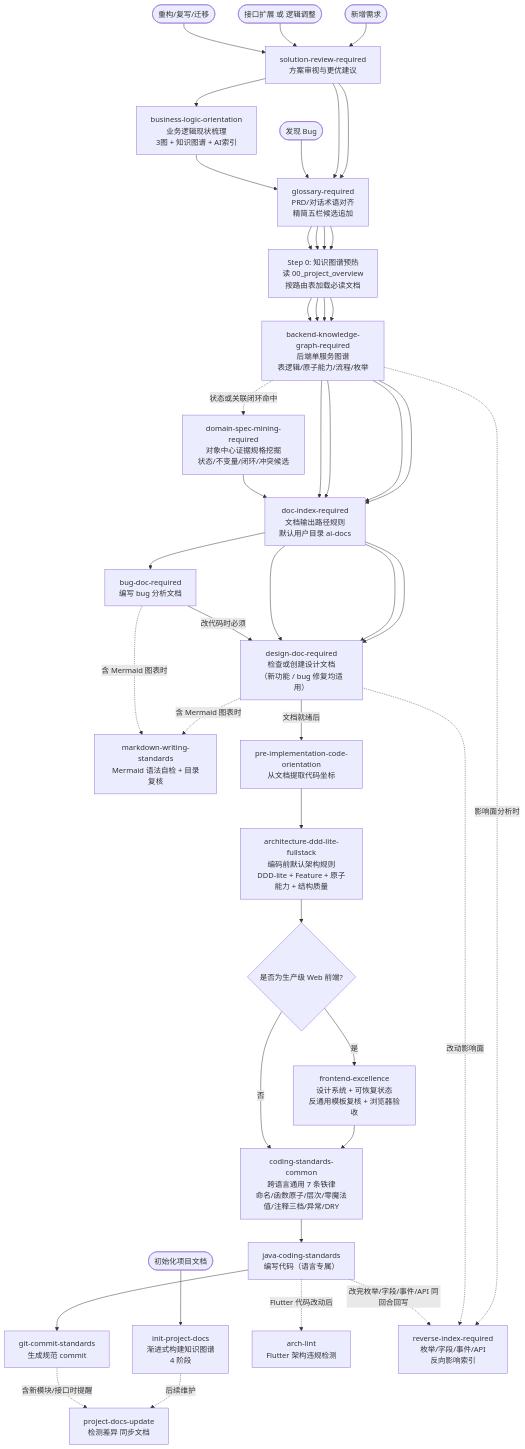
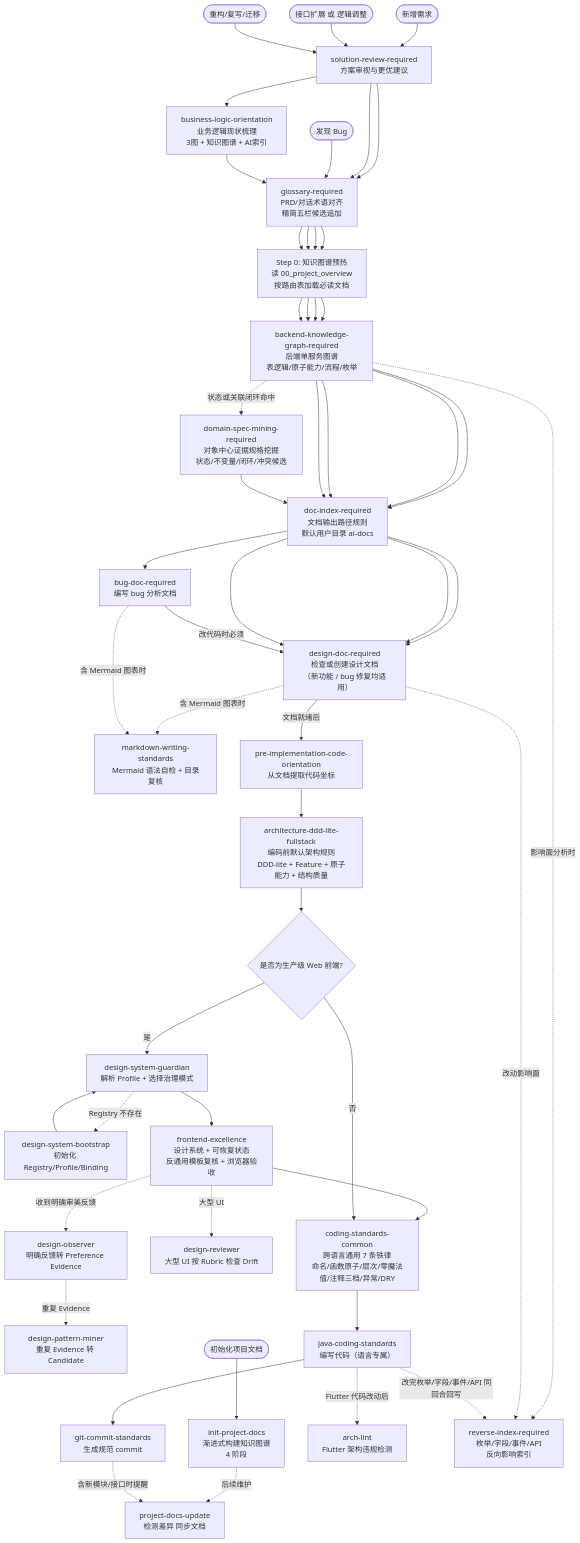
One commit to exception-coder/team-standards changed the first of 5 diagrams in docs/skill-flow.md. Above: the diagram before and after it, drawn with Mermaid. The commit also changed other lines of this file and 48 other files, not shown here.

````diff
--- a/docs/skill-flow.md
+++ b/docs/skill-flow.md
@@ -76,7 +81,12 @@
     PICO["pre-implementation-code-orientation\n从文档提取代码坐标"]
     ARCH["architecture-ddd-lite-fullstack\n编码前默认架构规则\nDDD-lite + Feature + 原子能力 + 结构质量"]
     FRONTEND{"是否为生产级 Web 前端?"}
+    DSB["design-system-bootstrap\n初始化 Registry/Profile/Binding"]
+    DSG["design-system-guardian\n解析 Profile + 选择治理模式"]
     FEX["frontend-excellence\n设计系统 + 可恢复状态\n反通用模板复核 + 浏览器验收"]
+    DOR["design-observer\n明确反馈转 Preference Evidence"]
+    DPM["design-pattern-miner\n重复 Evidence 转 Candidate"]
+    DRV["design-reviewer\n大型 UI 按 Rubric 检查 Drift"]
     CSC["coding-standards-common\n跨语言通用 7 条铁律\n命名/函数原子/层次/零魔法值/注释三档/异常/DRY"]
     JCS["java-coding-standards\n编写代码（语言专属）"]
 
@@ -135,7 +145,13 @@
     %% 汇入实施层
     DDR -- "文档就绪后" --> PICO
     PICO --> ARCH --> FRONTEND
-    FRONTEND -- "是" --> FEX --> CSC
+    FRONTEND -- "是" --> DSG
+    DSG -. "Registry 不存在" .-> DSB
+    DSB --> DSG
+    DSG --> FEX --> CSC
+    FEX -. "大型 UI" .-> DRV
+    FEX -. "收到明确审美反馈" .-> DOR
+    DOR -. "重复 Evidence" .-> DPM
     FRONTEND -- "否" --> CSC
     CSC --> JCS --> GCS
 ```
````
